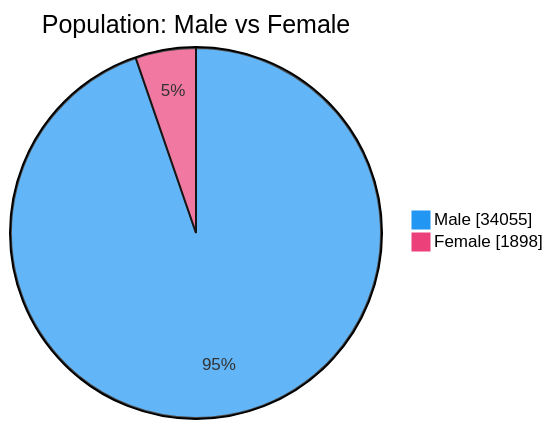
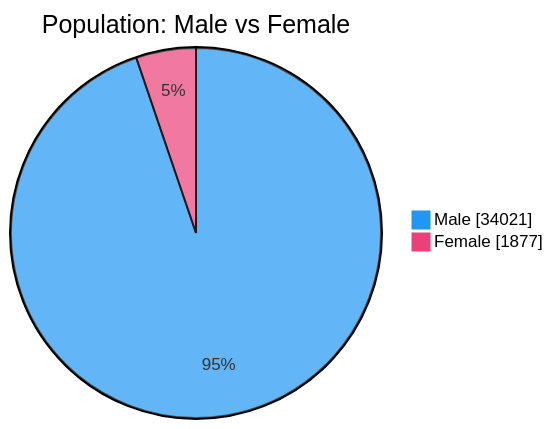
One commit to nuuuwan/lk_prisons changed the second of 7 diagrams in README.md. Above: the diagram before and after it, drawn with Mermaid. The commit also changed other lines of this file and 1 other file, not shown here.

````diff
--- a/README.md
+++ b/README.md
@@ -54,6 +54,6 @@
 ```mermaid
 %%{init: {'themeVariables': {'pie1': '#2196F3', 'pie2': '#EC407A'}}}%%
 pie showData title Population: Male vs Female
-    "Male" : 34055
-    "Female" : 1898
+    "Male" : 34021
+    "Female" : 1877
 ```
````
